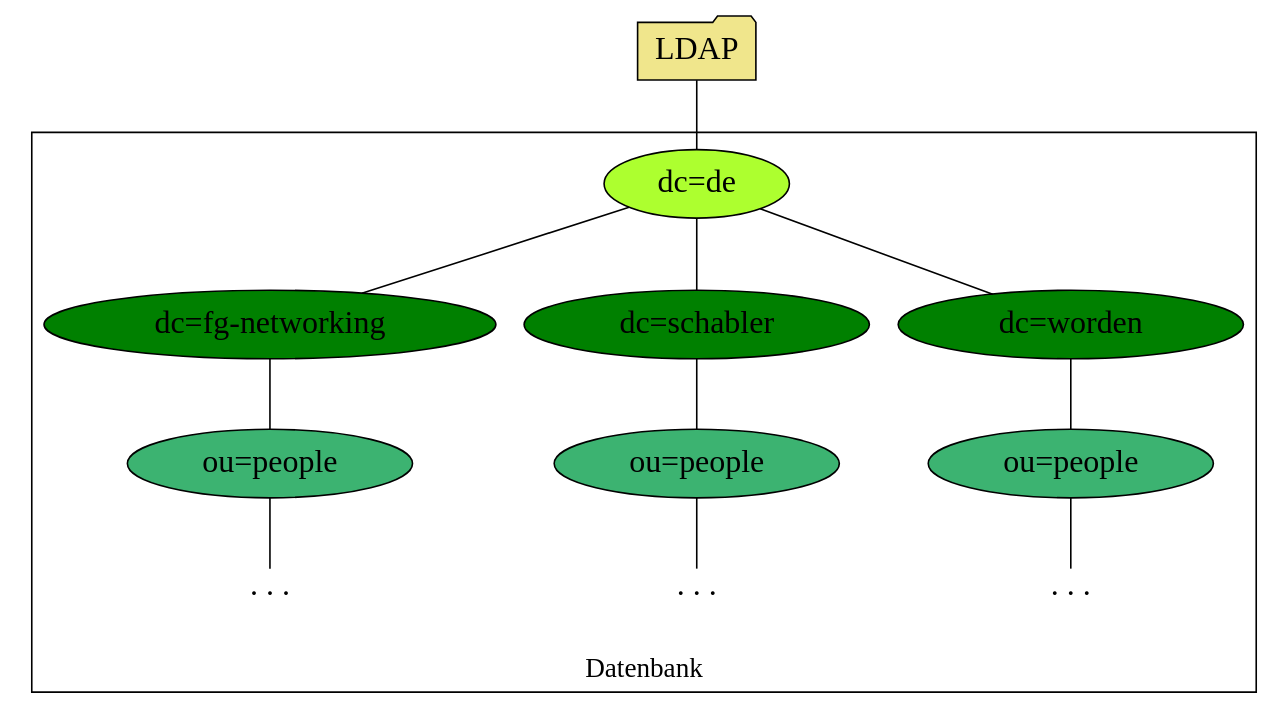
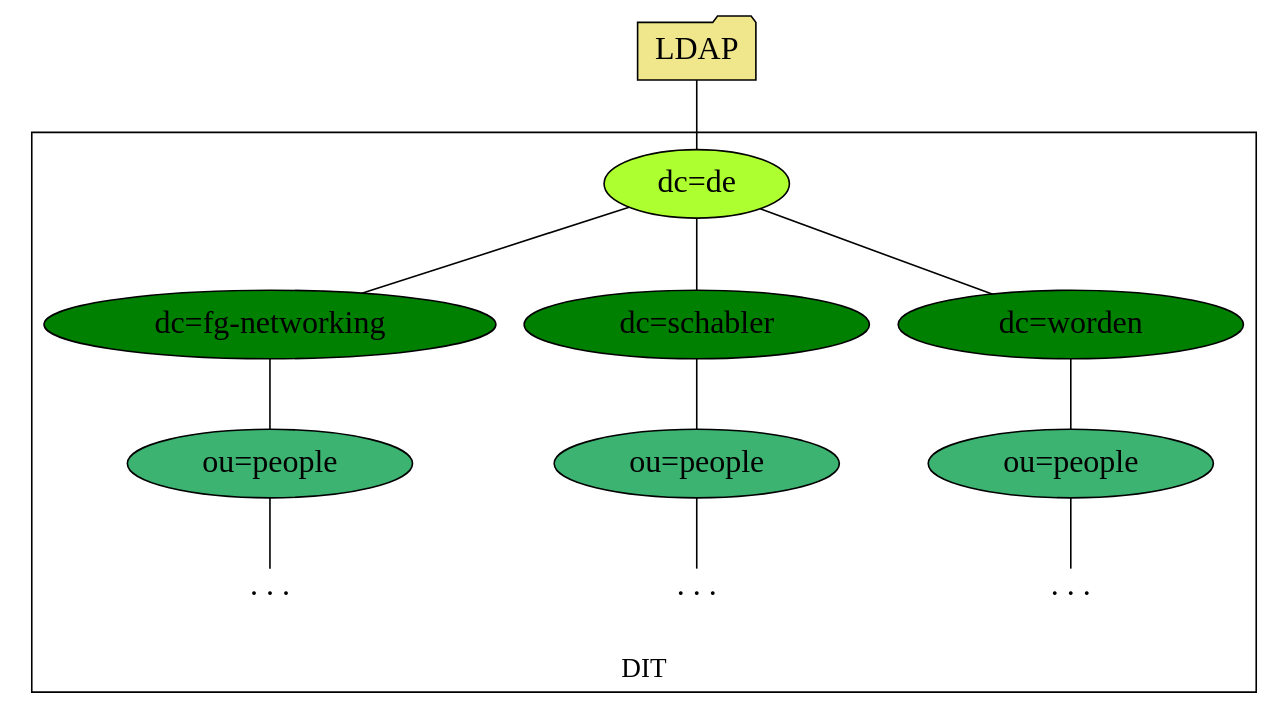
Before and after one commit to Gabelvampir/ty-stuff: the diagram in Presentation LDAP-RADIUS/Bilder/LDAP-fgn.dot, drawn with Graphviz. The commit also changed 5 other files, not shown here.

Commit message:
presentation:  changed details in the LDAP diagrams

```diff
--- a/Presentation LDAP-RADIUS/Bilder/LDAP-fgn.dot
+++ b/Presentation LDAP-RADIUS/Bilder/LDAP-fgn.dot
@@ -1,30 +1,30 @@
 graph G {
 node [
   style="filled",
   fontsize=20
 ];
 
   root [label="LDAP", shape="folder", fillcolor="khaki"];
   subgraph cluster_db{
     de [label="dc=de", fillcolor="greenyellow"];
     fgn [label="dc=fg-networking", fillcolor="green", width=3];
     people1 [label="ou=people", fillcolor="mediumseagreen"];
     fgnpe [label=". . .", labelloc="t", style="", shape="plaintext"];
     schabler [label="dc=schabler", fillcolor="green", width=3];
     people2 [label="ou=people", fillcolor="mediumseagreen"];
     schabpe [label=". . .", labelloc="t", style="", shape="plaintext"];
     worden [label="dc=worden", fillcolor="green", width=3];
     people3 [label="ou=people", fillcolor="mediumseagreen"];
     wordpe [label=". . .", labelloc="t", style="", shape="plaintext"];
-    label="Datenbank";
+    label="DIT";
     fontsize=17;
     labelloc=b
   }
   root -- de;
   de -- {fgn schabler worden};
   fgn -- people1 -- fgnpe;
   schabler -- people2 -- schabpe;
   worden -- people3 -- wordpe;
   margin=0;
   ratio="0.55";
   }
```
